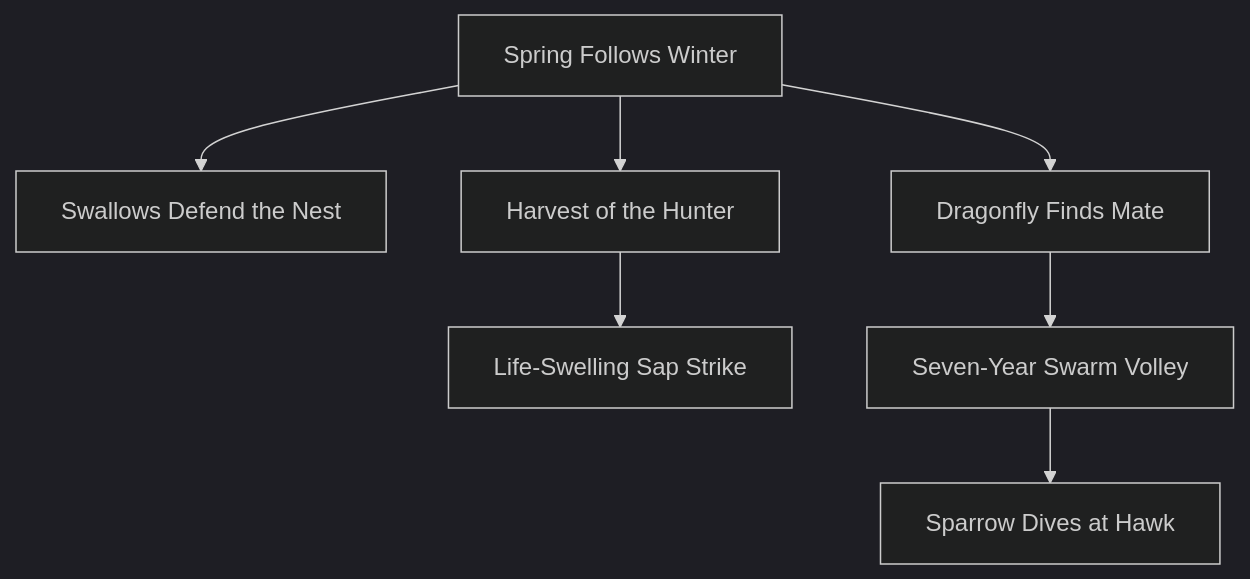
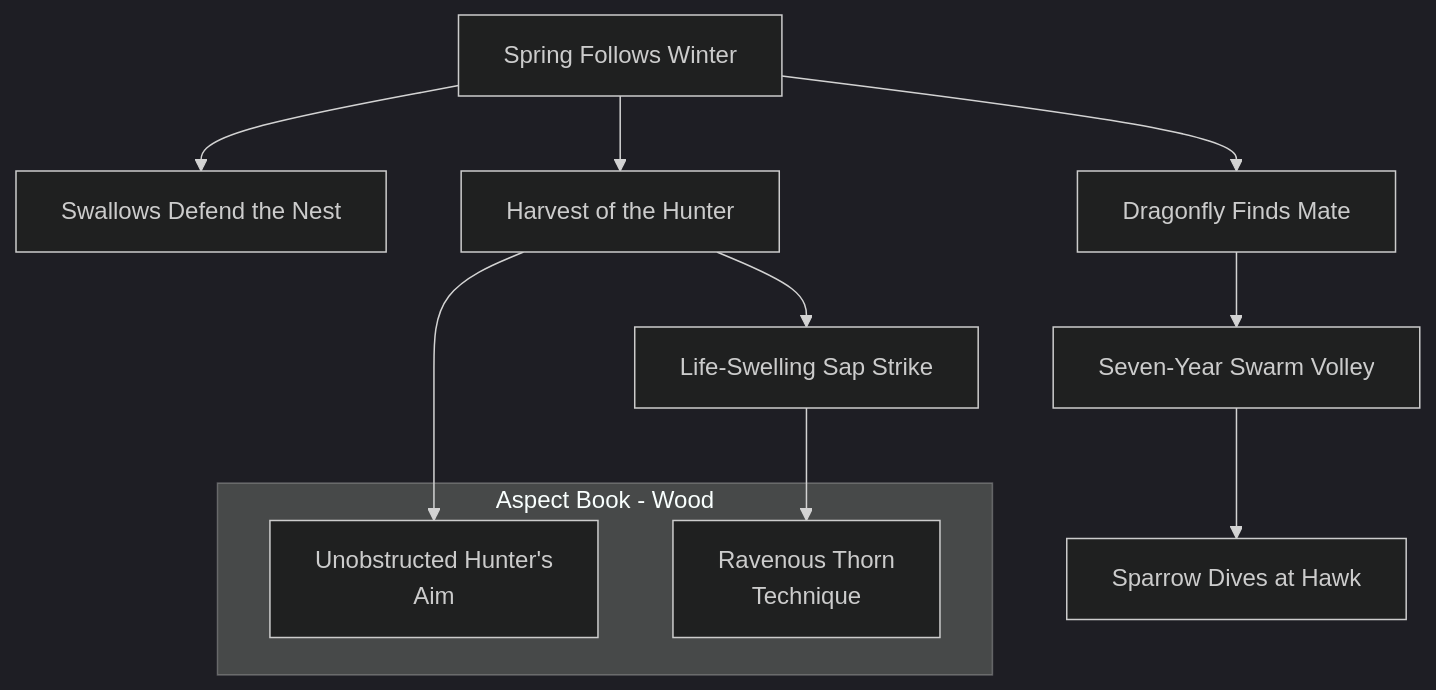
The diagram in docs/mermaid/dragon_blooded/wood_archery_2.mmd (jrobichaud/exalted-charms-1e), drawn with Mermaid before and after one commit. The commit also changed 4 other files, not shown here.

Commit message:
Aspect book wood

```diff
--- a/docs/mermaid/dragon_blooded/wood_archery_2.mmd
+++ b/docs/mermaid/dragon_blooded/wood_archery_2.mmd
@@ -175,3 +175,62 @@
         Hawk; although the action is complete in the blink of an
         eye, it requires intense spiritual concentration.
         "
+
+    subgraph Aspect Book - Wood
+        unobstructed_hunters_aim[Unobstructed Hunter's<br>Aim]
+        click unobstructed_hunters_aim callback "
+            Unobstructed Hunter's Aim<br>
+            <br>
+            Cost: 2 motes<br>
+            Duration: Instant<br>
+            Type: Reflexive<br>
+            Minimum Archery: 3<br>
+            Minimum Essence: 2<br>
+            Prerequisite Charms: Harvest of the Hunter<br>
+            <br>
+            Using this Charm, the archer infuses an arrow with
+            her Essence, harmonizing it to the element of wood. An
+            arrow so imbued will pass through obstacles of wood or plant
+            unimpeded. With Unobstructed Hunter's Aim, the arrow
+            soars through densely wooded and overgrown terrain as if
+            it were being launched across an empty, open plain.<br>
+            An attack made with the use of this Charm ignores
+            ranged cover modifiers granted by any obstacle consisting
+            of wood or other plant matter. This Charm is even capable
+            of bypassing the defense provided by wooden shields and
+            timber fortifications, regardless of their thickness. This
+            effect does not work on enchanted items containing the
+            Five Magical Materials.
+            "
+        ravenous_thorn_technique[Ravenous Thorn<br>Technique]
+        click ravenous_thorn_technique callback "
+            Ravenous Thorn Technique<br>
+            <br>
+            Cost: 3 motes<br>
+            Duration: Instant<br>
+            Type: Supplemental<br>
+            Minimum Archery: 5<br>
+            Minimum Essence: 3<br>
+            Prerequisite Charms: Life-Swelling Sap Strike<br>
+            <br>
+            Feared by those who know of it, this lethal attack awakens the Essence currents in a wooden arrow,
+            transforming its pattern into that of a root seeking
+            the nourishment of rich soil. Through the use of this Charm,
+            the Dragon-Blooded turns his projectile into a growing,
+            twisting missile, alive with runners and hungry roots that
+            bore through the archer's victim.<br>
+            If the initial archery attack causes damage, the arrow
+            sprouts roots and creepers which bore into the target's body,
+            inflicting the base damage of an arrow (minimum of 1) of
+            the appropriate type at the beginning of each subsequent
+            turn. This damage ignores armor and may only be soaked
+            with Stamina and other natural soak. This effect persists
+            for a number of turns equal to the archer's permanent
+            Essence or until it is removed. Successfully removing the
+            arrow requires a Dexterity + Medicine roll with a difficulty
+            equal to the permanent Essence of the archer.
+            "
+
+    end
+    harvest_of_the_hunter --> unobstructed_hunters_aim
+    life_swelling_sap_strike --> ravenous_thorn_technique
```
